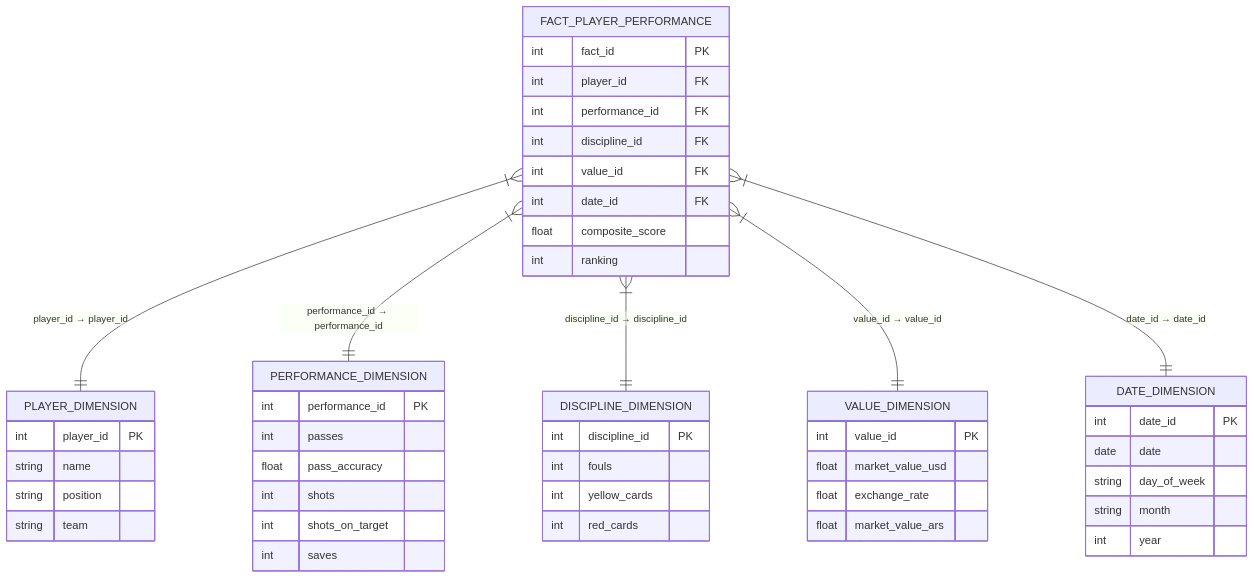
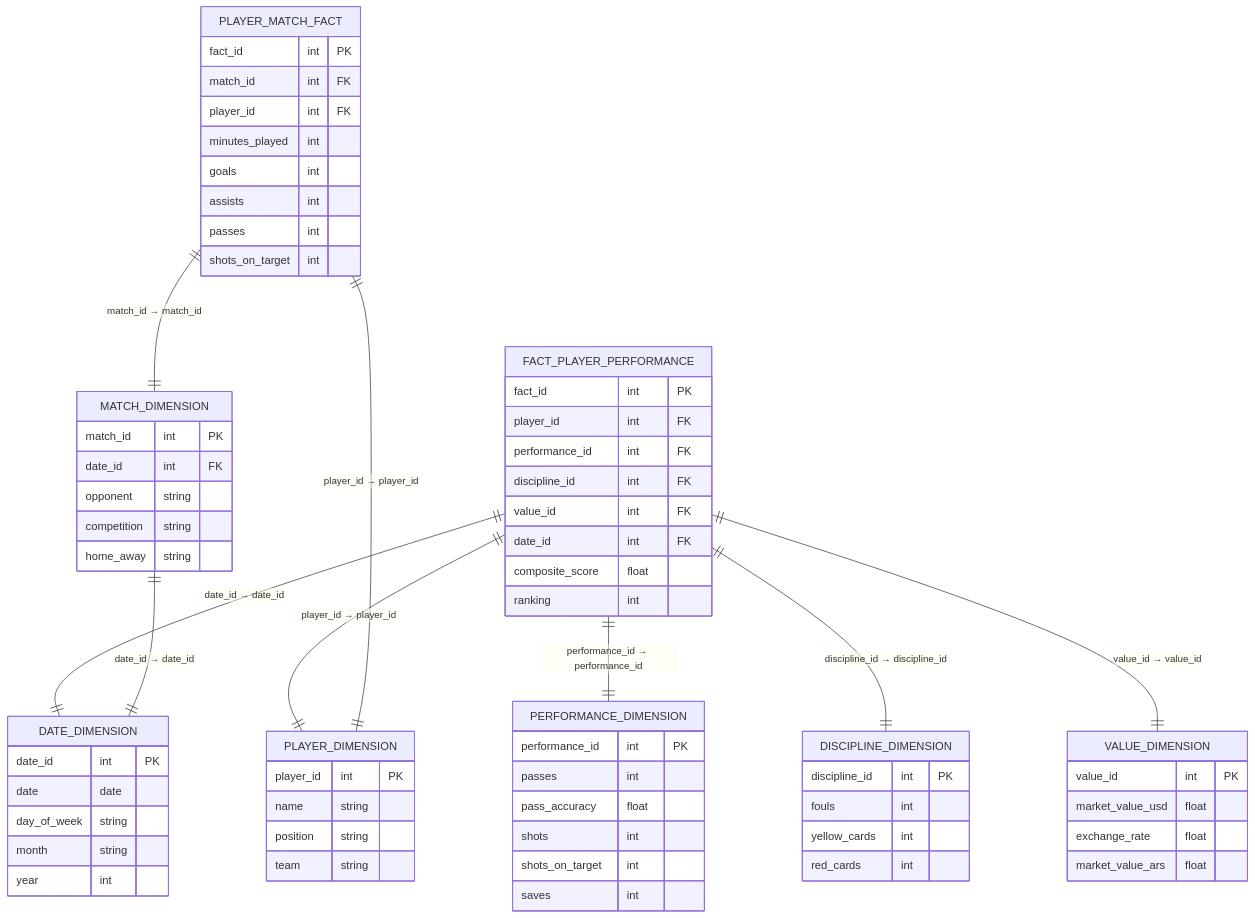
Before and after one commit to JulianRegueira/PwcChallengeJulianRegueira: the diagram in tables.mmd, drawn with Mermaid.

```diff
--- a/tables.mmd
+++ b/tables.mmd
@@ -1,50 +1,71 @@
 erDiagram
     PLAYER_DIMENSION {
-      int player_id PK
-      string name
-      string position
-      string team
+      player_id int PK
+      name       string
+      position   string
+      team       string
     }
     PERFORMANCE_DIMENSION {
-      int performance_id PK
-      int passes
-      float pass_accuracy
-      int shots
-      int shots_on_target
-      int saves
+      performance_id   int PK
+      passes           int
+      pass_accuracy    float
+      shots            int
+      shots_on_target  int
+      saves            int
     }
     DISCIPLINE_DIMENSION {
-      int discipline_id PK
-      int fouls
-      int yellow_cards
-      int red_cards
+      discipline_id    int PK
+      fouls            int
+      yellow_cards     int
+      red_cards        int
     }
     VALUE_DIMENSION {
-      int value_id PK
-      float market_value_usd
-      float exchange_rate
-      float market_value_ars
+      value_id            int PK
+      market_value_usd    float
+      exchange_rate       float
+      market_value_ars    float
     }
     DATE_DIMENSION {
-      int date_id PK
-      date date
-      string day_of_week
-      string month
-      int year
+      date_id      int PK
+      date         date
+      day_of_week  string
+      month        string
+      year         int
+    }
+    MATCH_DIMENSION {
+      match_id     int PK
+      date_id      int FK
+      opponent     string
+      competition  string
+      home_away    string
     }
     FACT_PLAYER_PERFORMANCE {
-      int fact_id PK
-      int player_id FK
-      int performance_id FK
-      int discipline_id FK
-      int value_id FK
-      int date_id FK
-      float composite_score
-      int ranking
+      fact_id           int PK
+      player_id         int FK
+      performance_id    int FK
+      discipline_id     int FK
+      value_id          int FK
+      date_id           int FK
+      composite_score   float
+      ranking           int
+    }
+    PLAYER_MATCH_FACT {
+      fact_id           int PK
+      match_id          int FK
+      player_id         int FK
+      minutes_played    int
+      goals             int
+      assists           int
+      passes            int
+      shots_on_target   int
     }
 
-    FACT_PLAYER_PERFORMANCE }|--|| PLAYER_DIMENSION      : "player_id → player_id"
-    FACT_PLAYER_PERFORMANCE }|--|| PERFORMANCE_DIMENSION : "performance_id → performance_id"
-    FACT_PLAYER_PERFORMANCE }|--|| DISCIPLINE_DIMENSION  : "discipline_id → discipline_id"
-    FACT_PLAYER_PERFORMANCE }|--|| VALUE_DIMENSION       : "value_id → value_id"
-    FACT_PLAYER_PERFORMANCE }|--|| DATE_DIMENSION        : "date_id → date_id"
+    FACT_PLAYER_PERFORMANCE ||--|| PLAYER_DIMENSION      : "player_id → player_id"
+    FACT_PLAYER_PERFORMANCE ||--|| PERFORMANCE_DIMENSION : "performance_id → performance_id"
+    FACT_PLAYER_PERFORMANCE ||--|| DISCIPLINE_DIMENSION  : "discipline_id → discipline_id"
+    FACT_PLAYER_PERFORMANCE ||--|| VALUE_DIMENSION       : "value_id → value_id"
+    FACT_PLAYER_PERFORMANCE ||--|| DATE_DIMENSION        : "date_id → date_id"
+
+    MATCH_DIMENSION ||--|| DATE_DIMENSION              : "date_id → date_id"
+    PLAYER_MATCH_FACT ||--|| MATCH_DIMENSION           : "match_id → match_id"
+    PLAYER_MATCH_FACT ||--|| PLAYER_DIMENSION          : "player_id → player_id"
```
